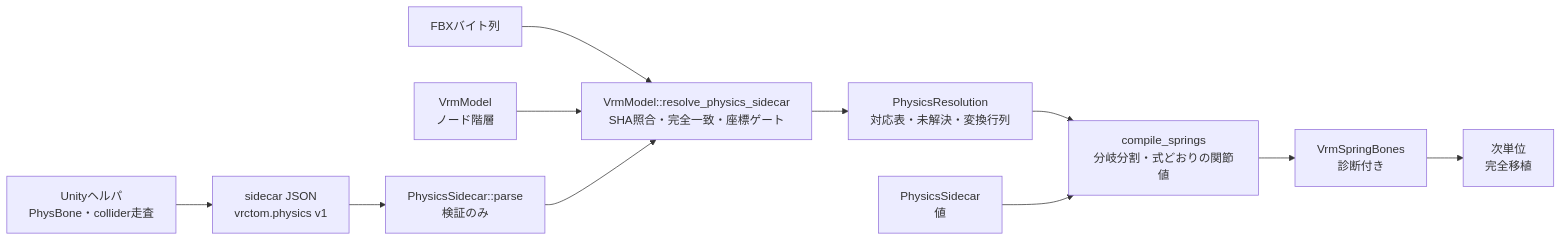
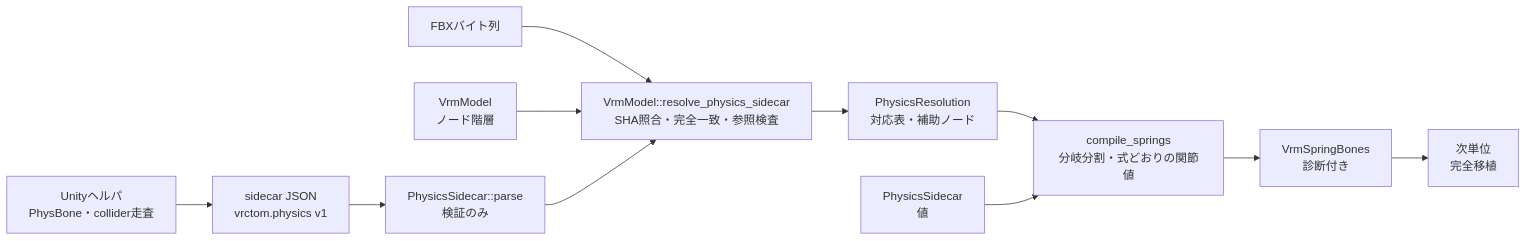
The first of 2 diagrams in design/VRMスプリング.md (halby24/vrctom), drawn with Mermaid before and after one commit. The commit also changed other lines of this file and 1 other file, not shown here.

````diff
--- a/design/VRMスプリング.md
+++ b/design/VRMスプリング.md
@@ -19,13 +19,13 @@
 ```mermaid
 flowchart LR
     helper[Unityヘルパ<br/>PhysBone・collider走査] --> json[sidecar JSON<br/>vrctom.physics v1]
     json --> parse[PhysicsSidecar::parse<br/>検証のみ]
-    fbx[FBXバイト列] --> resolve[VrmModel::resolve_physics_sidecar<br/>SHA照合・完全一致・座標ゲート]
+    fbx[FBXバイト列] --> resolve[VrmModel::resolve_physics_sidecar<br/>SHA照合・完全一致・参照検査]
     model[VrmModel<br/>ノード階層] --> resolve
     parse --> resolve
-    resolve --> out[PhysicsResolution<br/>対応表・未解決・変換行列]
+    resolve --> out[PhysicsResolution<br/>対応表・補助ノード]
     out --> comp[compile_springs<br/>分岐分割・式どおりの関節値]
     sidecar2[PhysicsSidecar<br/>値] --> comp
     comp --> bones[VrmSpringBones<br/>診断付き]
     bones --> next[次単位<br/>完全移植]
 ```
````
